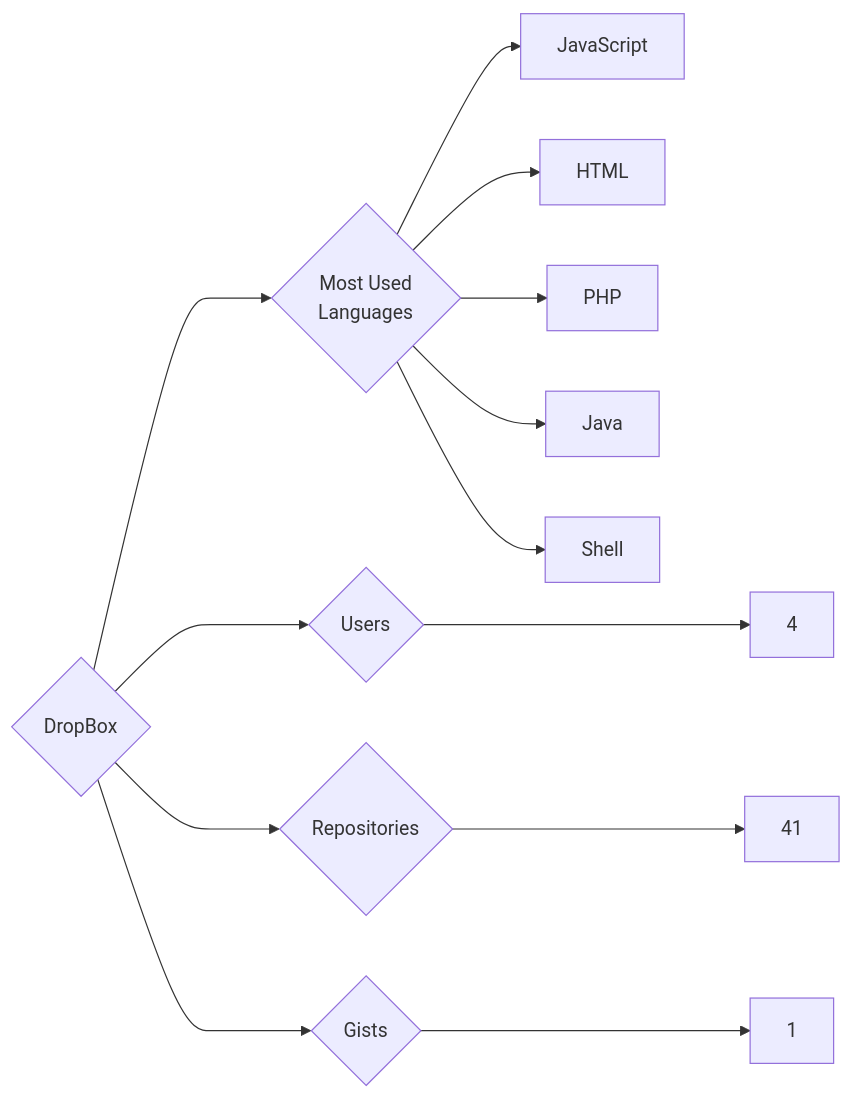
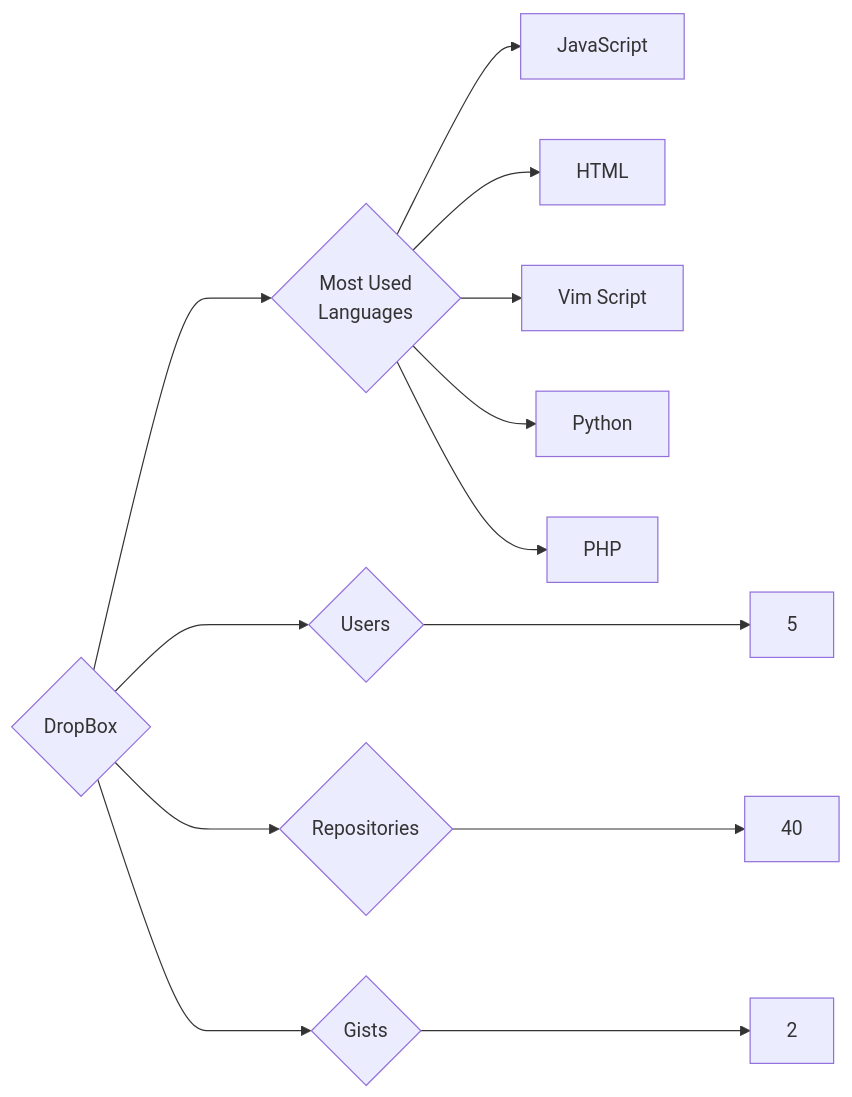
One commit to trickest/insiders changed the diagram in targets/DropBox/README.md. Above: the diagram before and after it, drawn with Mermaid. The commit also changed 1007 other files, not shown here.

````diff
--- a/targets/DropBox/README.md
+++ b/targets/DropBox/README.md
@@ -3,13 +3,13 @@
 ```mermaid
 graph LR
 COMPANY_NAME{DropBox}
-COMPANY_NAME ---> U{Users} ---> UN[4]
-COMPANY_NAME ---> R{Repositories} ---> RN[41]
-COMPANY_NAME ---> G{Gists} ---> GN[1]
+COMPANY_NAME ---> U{Users} ---> UN[5]
+COMPANY_NAME ---> R{Repositories} ---> RN[40]
+COMPANY_NAME ---> G{Gists} ---> GN[2]
 COMPANY_NAME ---> ML{Most Used<br>Languages}
 ML --> JavaScript[JavaScript]
 ML --> HTML[HTML]
+ML --> Vim_Script[Vim Script]
+ML --> Python[Python]
 ML --> PHP[PHP]
-ML --> Java[Java]
-ML --> Shell[Shell]
 ```
````
